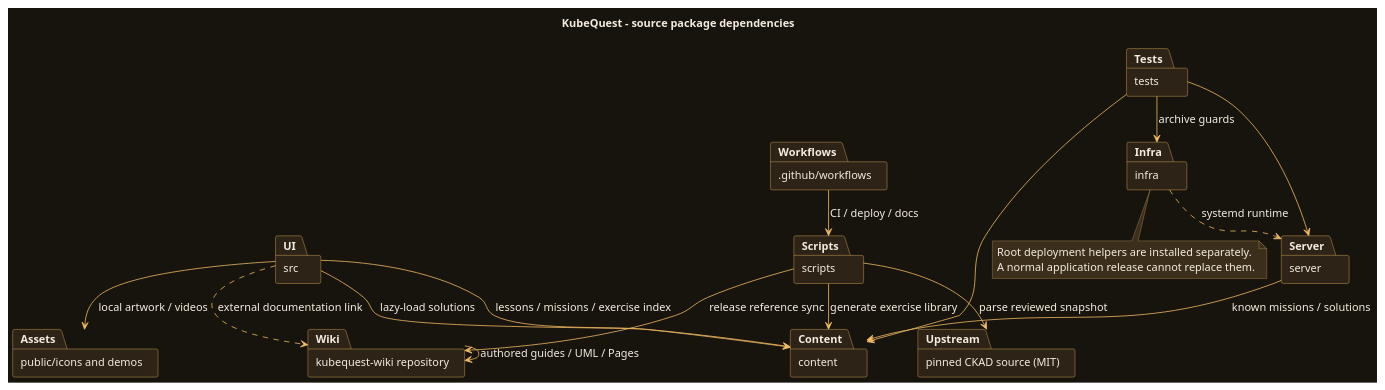
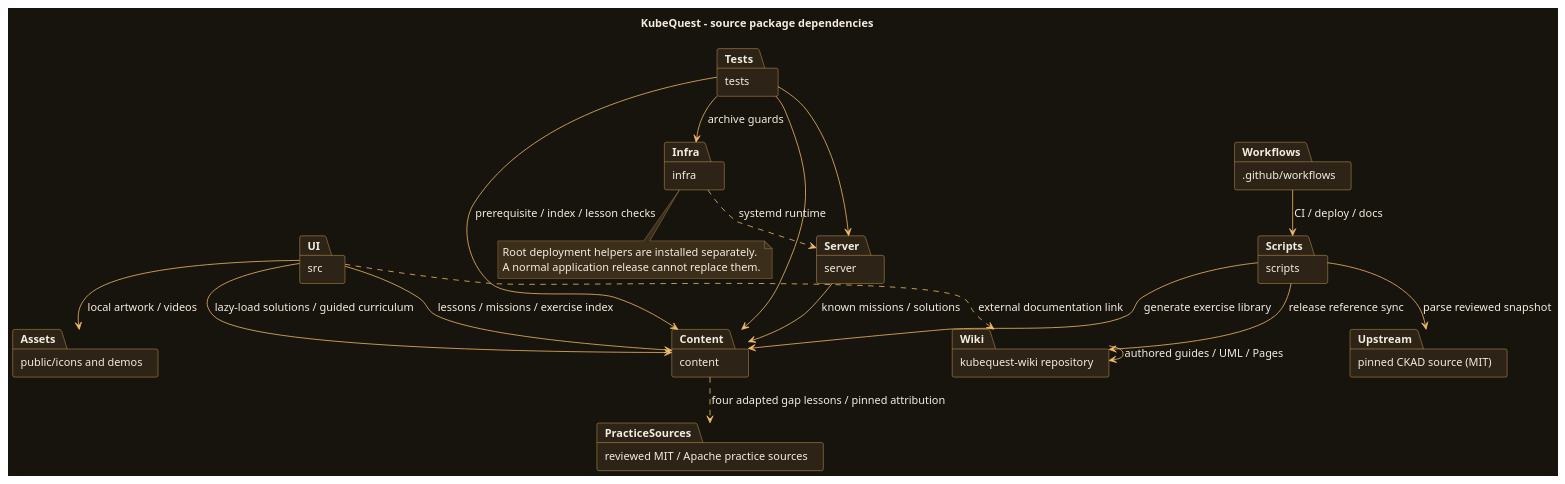
One commit to ramideltoro/kubequest-wiki changed the diagram in diagrams/package.puml. Above: the diagram before and after it, drawn with PlantUML. The commit also changed 9 other files, not shown here.

Commit message:
Document four focused CKAD curriculum additions and overlap review

```diff
--- a/diagrams/package.puml
+++ b/diagrams/package.puml
@@ -1,100 +1,103 @@
 @startuml
 !pragma layout smetana
 skinparam backgroundColor #17130D
 skinparam defaultFontName SansSerif
 skinparam defaultFontSize 14
 skinparam defaultFontColor #F4ECDF
 skinparam shadowing false
 skinparam ArrowColor #F3BD62
 skinparam LineColor #F3BD62
 skinparam BorderColor #F3BD62
 skinparam defaultBackgroundColor #2D2417
 skinparam classBackgroundColor #2D2417
 skinparam classBorderColor #F3BD62
 skinparam classFontColor #F4ECDF
 skinparam componentBackgroundColor #2D2417
 skinparam componentBorderColor #F3BD62
 skinparam componentFontColor #F4ECDF
 skinparam nodeBackgroundColor #2D2417
 skinparam nodeBorderColor #F3BD62
 skinparam nodeFontColor #F4ECDF
 skinparam packageBackgroundColor #2D2417
 skinparam packageBorderColor #F3BD62
 skinparam packageFontColor #F4ECDF
 skinparam rectangleBackgroundColor #2D2417
 skinparam rectangleBorderColor #F3BD62
 skinparam rectangleFontColor #F4ECDF
 skinparam databaseBackgroundColor #2D2417
 skinparam databaseBorderColor #F3BD62
 skinparam databaseFontColor #F4ECDF
 skinparam cloudBackgroundColor #2D2417
 skinparam cloudBorderColor #F3BD62
 skinparam cloudFontColor #F4ECDF
 skinparam artifactBackgroundColor #2D2417
 skinparam artifactBorderColor #F3BD62
 skinparam artifactFontColor #F4ECDF
 skinparam objectBackgroundColor #2D2417
 skinparam objectBorderColor #F3BD62
 skinparam objectFontColor #F4ECDF
 skinparam stateBackgroundColor #2D2417
 skinparam stateBorderColor #F3BD62
 skinparam stateFontColor #F4ECDF
 skinparam activityBackgroundColor #2D2417
 skinparam activityBorderColor #F3BD62
 skinparam activityFontColor #F4ECDF
 skinparam actorBackgroundColor #2D2417
 skinparam actorBorderColor #F3BD62
 skinparam actorFontColor #F4ECDF
 skinparam usecaseBackgroundColor #2D2417
 skinparam usecaseBorderColor #F3BD62
 skinparam usecaseFontColor #F4ECDF
 skinparam interfaceBackgroundColor #2D2417
 skinparam interfaceBorderColor #F3BD62
 skinparam interfaceFontColor #F4ECDF
 skinparam participantBackgroundColor #2D2417
 skinparam participantBorderColor #F3BD62
 skinparam participantFontColor #F4ECDF
 skinparam classAttributeIconSize 0
 skinparam NoteBackgroundColor #3B2E1A
 skinparam NoteBorderColor #BB9658
 skinparam NoteFontColor #F4ECDF
 skinparam sequenceLifeLineBorderColor #BB9658
 skinparam sequenceLifeLineBackgroundColor #221C13
 skinparam sequenceGroupBackgroundColor #221C13
 skinparam sequenceGroupHeaderFontColor #F4ECDF
 skinparam sequenceGroupBodyBackgroundColor #221C13
 skinparam sequenceDividerBackgroundColor #2D2417
 skinparam sequenceDividerFontColor #F4ECDF
 skinparam activityDiamondBackgroundColor #3B2E1A
 skinparam activityStartColor #F3BD62
 skinparam activityEndColor #F3BD62
 title KubeQuest - source package dependencies
 package src as UI
 package content as Content
 package server as Server
 package "kubequest-wiki repository" as Wiki
 package "public/icons and demos" as Assets
 package infra as Infra
 package scripts as Scripts
 package tests as Tests
 package ".github/workflows" as Workflows
 UI --> Content : lessons / missions / exercise index
 package "pinned CKAD source (MIT)" as Upstream
 Scripts --> Upstream : parse reviewed snapshot
 Scripts --> Content : generate exercise library
-UI --> Content : lazy-load solutions
+UI --> Content : lazy-load solutions / guided curriculum
+package "reviewed MIT / Apache practice sources" as PracticeSources
+Content ..> PracticeSources : four adapted gap lessons / pinned attribution
+Tests --> Content : prerequisite / index / lesson checks
 UI ..> Wiki : external documentation link
 UI --> Assets : local artwork / videos
 Server --> Content : known missions / solutions
 Tests --> Server
 Tests --> Content
 Tests --> Infra : archive guards
 Scripts --> Wiki : release reference sync
 Wiki --> Wiki : authored guides / UML / Pages
 Workflows --> Scripts : CI / deploy / docs
 Infra ..> Server : systemd runtime
 note bottom of Infra
 Root deployment helpers are installed separately.
 A normal application release cannot replace them.
 end note
 @enduml
```
